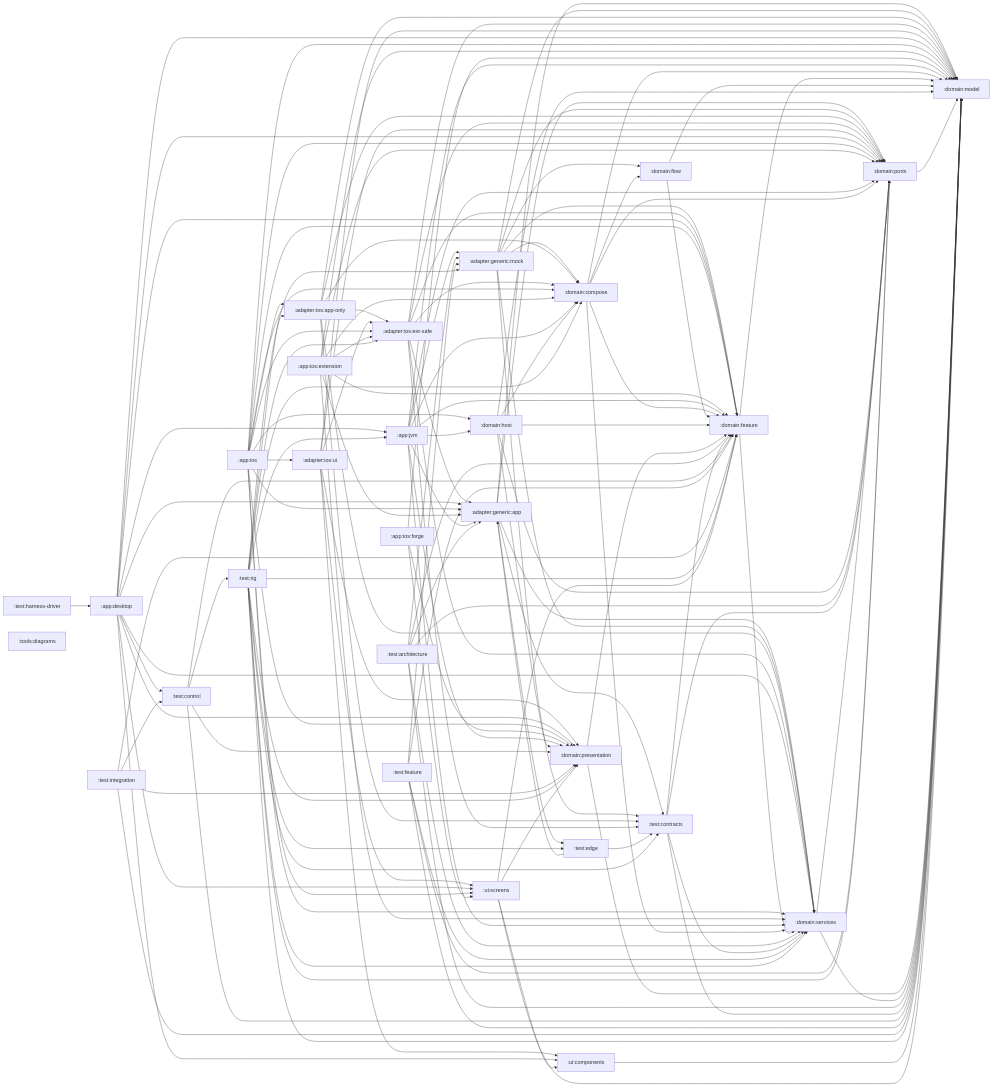
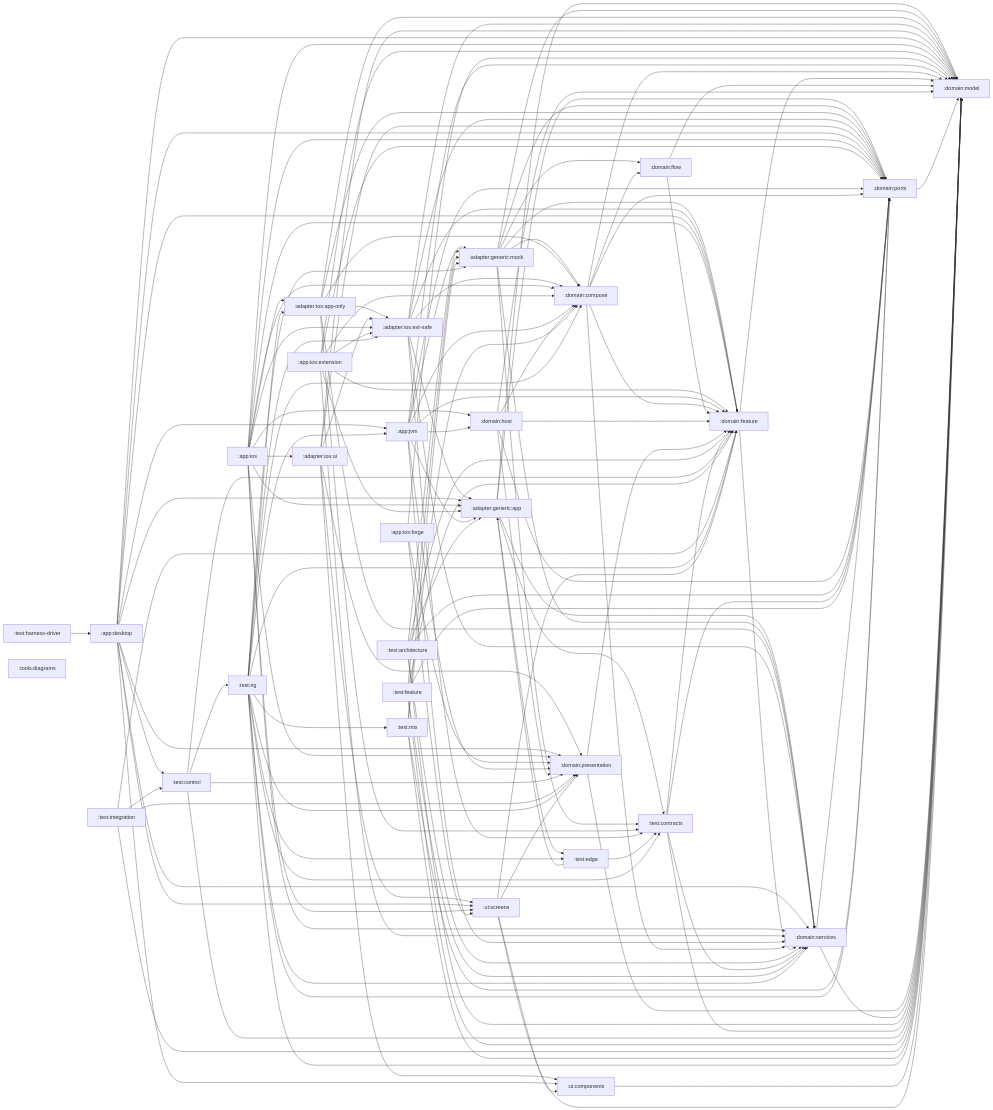
One commit to stefanhoelzl/SnapSync changed the diagram in architecture/modules.md. Above: the diagram before and after it, drawn with Mermaid. The commit also changed 63 other files, not shown here.

First line of the commit message:
internal(rig): the launch-time mock mix — real iOS app, some systems mocked

```diff
--- a/architecture/modules.md
+++ b/architecture/modules.md
@@ -34,6 +34,7 @@
   test_feature[":test:feature"]
   test_harness_driver[":test:harness-driver"]
   test_integration[":test:integration"]
+  test_mix[":test:mix"]
   test_rig[":test:rig"]
   tools_diagrams[":tools:diagrams"]
   ui_components[":ui:components"]
@@ -155,6 +156,10 @@
   test_integration --> domain_model
   test_integration --> domain_presentation
   test_integration --> test_control
+  test_mix --> adapter_generic_mock
+  test_mix --> domain_compose
+  test_mix --> domain_model
+  test_mix --> domain_ports
   test_rig --> adapter_generic_mock
   test_rig --> adapter_ios_app_only
   test_rig --> adapter_ios_ext_safe
@@ -167,6 +172,7 @@
   test_rig --> domain_services
   test_rig --> test_contracts
   test_rig --> test_edge
+  test_rig --> test_mix
   ui_components --> domain_model
   ui_screens --> domain_feature
   ui_screens --> domain_model
```
